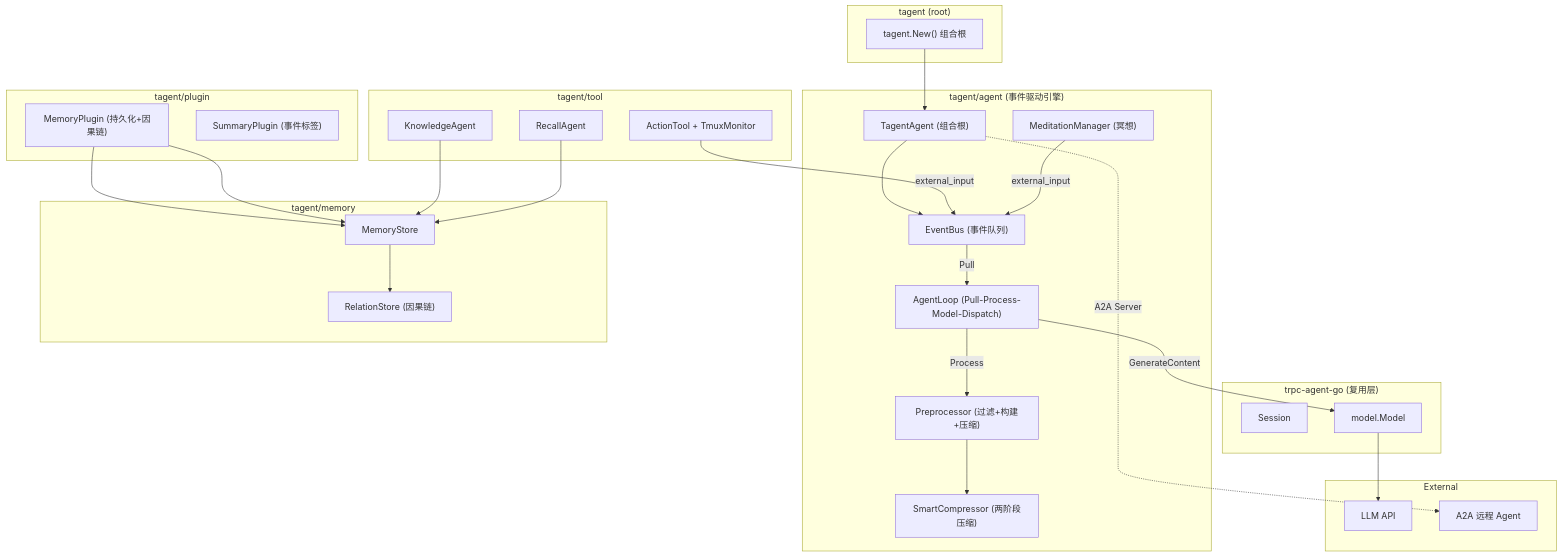
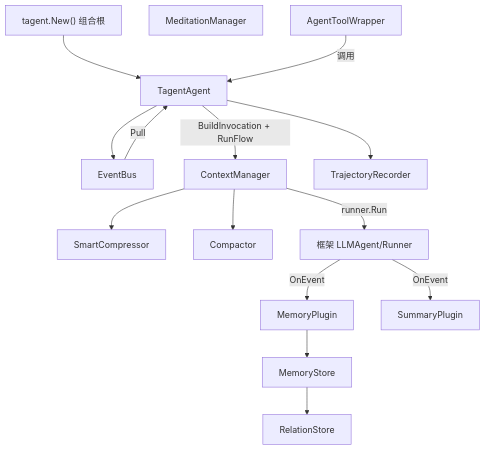
The second of 9 diagrams in README.md (SpellingDragon/tagent), drawn with Mermaid before and after one commit. The commit also changed other lines of this file and 320 other files, not shown here.

````diff
--- a/README.md
+++ b/README.md
@@ -111,60 +106,30 @@
 ```mermaid
 graph TB
-    subgraph "tagent (root)"
-        NEW["tagent.New() 组合根"]
-    end
+    ROOT["tagent.New() 组合根"]
+    TA["TagentAgent"]
+    EB["EventBus"]
+    CM["ContextManager"]
+    SC["SmartCompressor"]
+    CP["Compactor"]
+    MM["MeditationManager"]
+    MP["MemoryPlugin"]
+    SP["SummaryPlugin"]
+    MS["MemoryStore"]
+    RS["RelationStore"]
+    ATW["AgentToolWrapper"]
+    TR["TrajectoryRecorder"]
 
-    subgraph "tagent/agent (事件驱动引擎)"
-        TA["TagentAgent (组合根)"]
-        EB["EventBus (事件队列)"]
-        AL["AgentLoop (Pull-Process-Model-Dispatch)"]
-        PP["Preprocessor (过滤+构建+压缩)"]
-        SC["SmartCompressor (两阶段压缩)"]
-        MM["MeditationManager (冥想)"]
-    end
-
-    subgraph "tagent/plugin"
-        MP["MemoryPlugin (持久化+因果链)"]
-        SP["SummaryPlugin (事件标签)"]
-    end
-
-    subgraph "tagent/memory"
-        MS["MemoryStore"]
-        RS["RelationStore (因果链)"]
-    end
-
-    subgraph "tagent/tool"
-        KA["KnowledgeAgent"]
-        RA["RecallAgent"]
-        CT["ActionTool + TmuxMonitor"]
-    end
-
-    subgraph "trpc-agent-go (复用层)"
-        SESS["Session"]
-        MODEL["model.Model"]
-    end
-
-    subgraph "External"
-        LLM["LLM API"]
-        A2A["A2A 远程 Agent"]
-    end
-
-    NEW --> TA
+    ROOT --> TA
     TA --> EB
-    EB -->|Pull| AL
-    AL -->|Process| PP
-    PP --> SC
-    AL -->|GenerateContent| MODEL
-    MODEL --> LLM
-
-    MP --> MS
+    EB -->|Pull| TA
+    TA -->|BuildInvocation + RunFlow| CM
+    CM --> SC
+    CM --> CP
+    CM -->|runner.Run| LLMAGENT["框架 LLMAgent/Runner"]
+    LLMAGENT -->|OnEvent| MP
+    LLMAGENT -->|OnEvent| SP
     MP --> MS
     MS --> RS
-
-    KA --> MS
-    RA --> MS
-    CT -->|external_input| EB
-    MM -->|external_input| EB
-
-    TA -.->|A2A Server| A2A
+    ATW -->|调用| TA
+    TA --> TR
 ```
````
